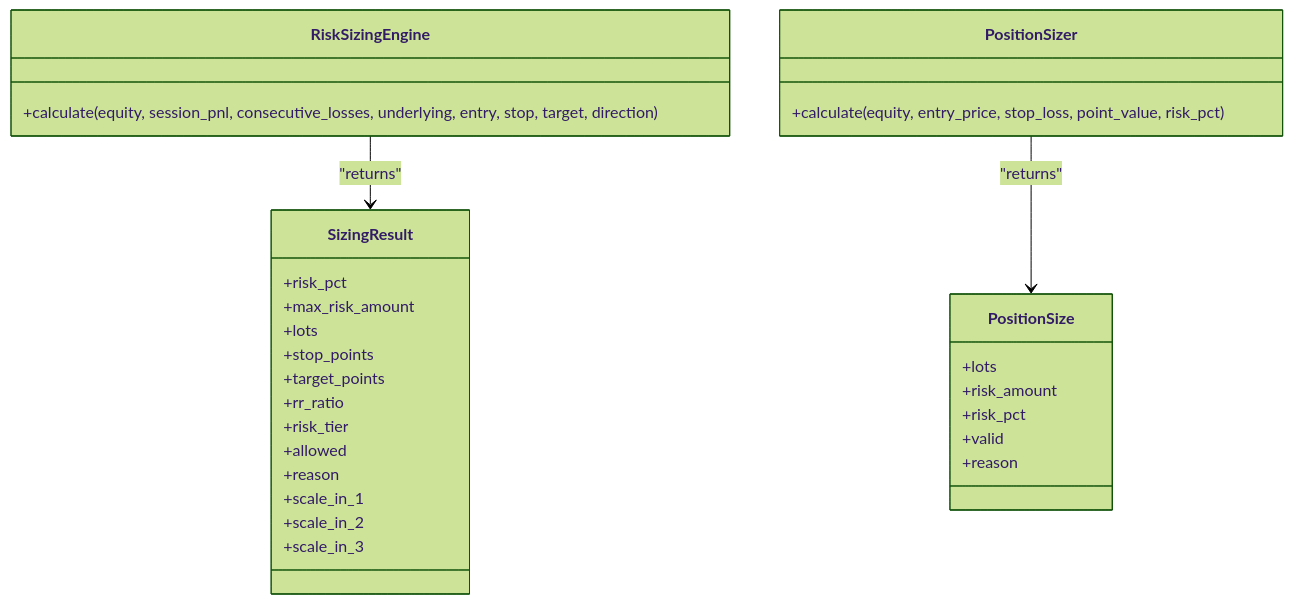
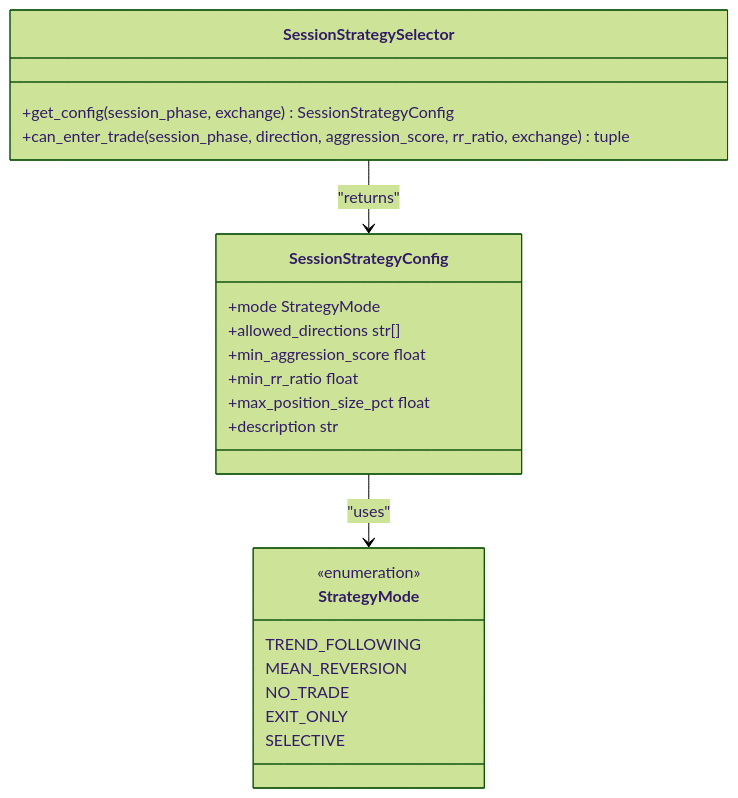
Before and after one commit to gemrajkhatry-maker/v5-of-glassytrade-ai: the sixth of 10 diagrams in .qoder/repowiki/en/content/Advanced Topics/Advanced Topics.md, drawn with Mermaid (forest theme). The commit also changed other lines of this file and 930 other files, not shown here.

````diff
--- a/.qoder/repowiki/en/content/Advanced Topics/Advanced Topics.md
+++ b/.qoder/repowiki/en/content/Advanced Topics/Advanced Topics.md
@@ -188,32 +351,25 @@
 ```mermaid
 classDiagram
-class RiskSizingEngine {
-+calculate(equity, session_pnl, consecutive_losses, underlying, entry, stop, target, direction)
+class SessionStrategySelector {
++get_config(session_phase, exchange) SessionStrategyConfig
++can_enter_trade(session_phase, direction, aggression_score, rr_ratio, exchange) tuple
 }
-class PositionSizer {
-+calculate(equity, entry_price, stop_loss, point_value, risk_pct)
+class SessionStrategyConfig {
++mode StrategyMode
++allowed_directions str[]
++min_aggression_score float
++min_rr_ratio float
++max_position_size_pct float
++description str
 }
-class SizingResult {
-+risk_pct
-+max_risk_amount
-+lots
-+stop_points
-+target_points
-+rr_ratio
-+risk_tier
-+allowed
-+reason
-+scale_in_1
-+scale_in_2
-+scale_in_3
+class StrategyMode {
+<<enumeration>>
+TREND_FOLLOWING
+MEAN_REVERSION
+NO_TRADE
+EXIT_ONLY
+SELECTIVE
 }
-class PositionSize {
-+lots
-+risk_amount
-+risk_pct
-+valid
-+reason
-}
-RiskSizingEngine --> SizingResult : "returns"
-PositionSizer --> PositionSize : "returns"
+SessionStrategySelector --> SessionStrategyConfig : "returns"
+SessionStrategyConfig --> StrategyMode : "uses"
 ```
````
